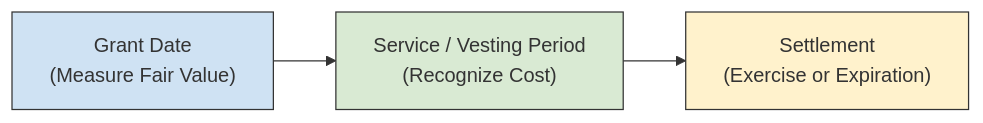
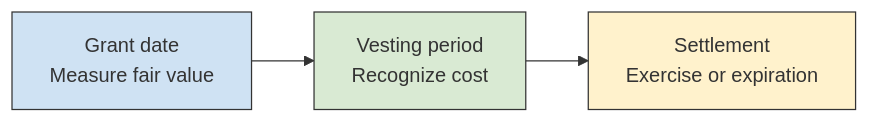
The first of 2 diagrams in docs/bar/technical-accounting-assets-and-revenue/stock-compensation.md (subwaymatch/cpabear-book), drawn with Mermaid before and after one commit. The commit also changed other lines of this file and 204 other files, not shown here.

First line of the commit message:
Update the book for the 2027 CPA Exam Blueprints, fix dark-mode diagrams, add diagram zoom (#49)

````diff
--- a/docs/bar/technical-accounting-assets-and-revenue/stock-compensation.md
+++ b/docs/bar/technical-accounting-assets-and-revenue/stock-compensation.md
@@ -18,8 +11,8 @@
 ```mermaid
 graph LR
-    A["Grant Date<br/>(Measure Fair Value)"] --> B["Service / Vesting Period<br/>(Recognize Cost)"]
-    B --> C["Settlement<br/>(Exercise or Expiration)"]
+    A["Grant date<br/>Measure fair value"] --> B["Vesting period<br/>Recognize cost"]
+    B --> C["Settlement<br/>Exercise or expiration"]
     style A fill:#cfe2f3,stroke:#333
     style B fill:#d9ead3,stroke:#333
     style C fill:#fff2cc,stroke:#333
 ```
````
